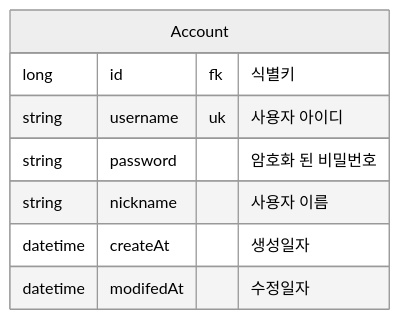
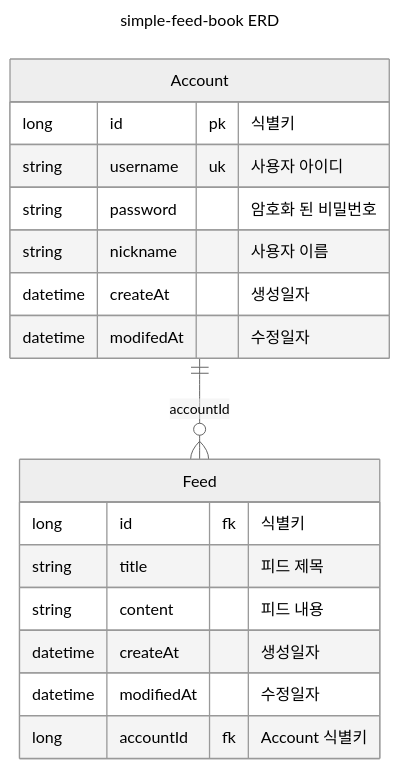
One commit to GuardJo/simple-feed-book changed the sixth of 6 diagrams in README.md. Above: the diagram before and after it, drawn with Mermaid (neutral theme). The commit also changed other lines of this file and 4 other files, not shown here.

````diff
--- a/README.md
+++ b/README.md
@@ -117,12 +117,24 @@
 ```mermaid
+---
+title : simple-feed-book ERD
+---
 erDiagram
-
 Account {
-    long id fk "식별키"
+    long id pk "식별키"
     string username uk "사용자 아이디"
     string password "암호화 된 비밀번호"
     string nickname "사용자 이름"
     datetime createAt "생성일자"
     datetime modifedAt "수정일자"
 }
+Feed {
+    long id fk "식별키"
+    string title "피드 제목"
+    string content "피드 내용"
+    datetime createAt "생성일자"
+    datetime modifiedAt "수정일자"
+    long accountId fk "Account 식별키"
+}
+
+Account ||--o{ Feed : accountId
 ```
````
